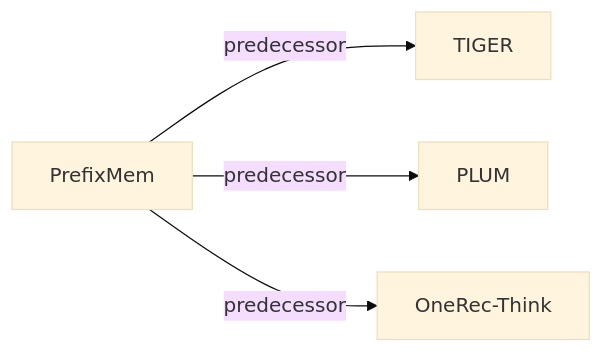
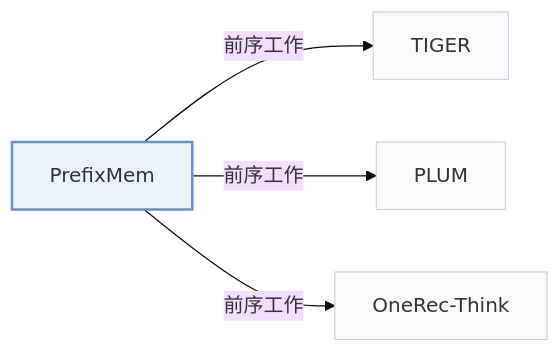
The second of 2 diagrams in pages/zh/papers/prefixmem.md (Galaxy-ghost/Awesome-SID-Generative-Rec), drawn with Mermaid (base theme) before and after one commit. The commit also changed other lines of this file and 649 other files, not shown here.

Commit message:
writer-05: also tags and modality index (schema, check, build, visuals); summary field removed; calibration data for 12 papers

````diff
--- a/pages/zh/papers/prefixmem.md
+++ b/pages/zh/papers/prefixmem.md
@@ -68,7 +74,11 @@
 ```mermaid
 flowchart LR
     P["PrefixMem"]
-    P -->|predecessor| A["TIGER"]
-    P -->|predecessor| B["PLUM"]
-    P -->|predecessor| C["OneRec-Think"]
+    P -->|"前序工作"| A["TIGER"]
+    P -->|"前序工作"| B["PLUM"]
+    P -->|"前序工作"| C["OneRec-Think"]
+    classDef main fill:#eaf2fb,stroke:#6b8fc7,stroke-width:2px
+    classDef peer fill:#f8fafc,stroke:#cbd5e1
+    class P main
+    class A,B,C peer
 ```
````
